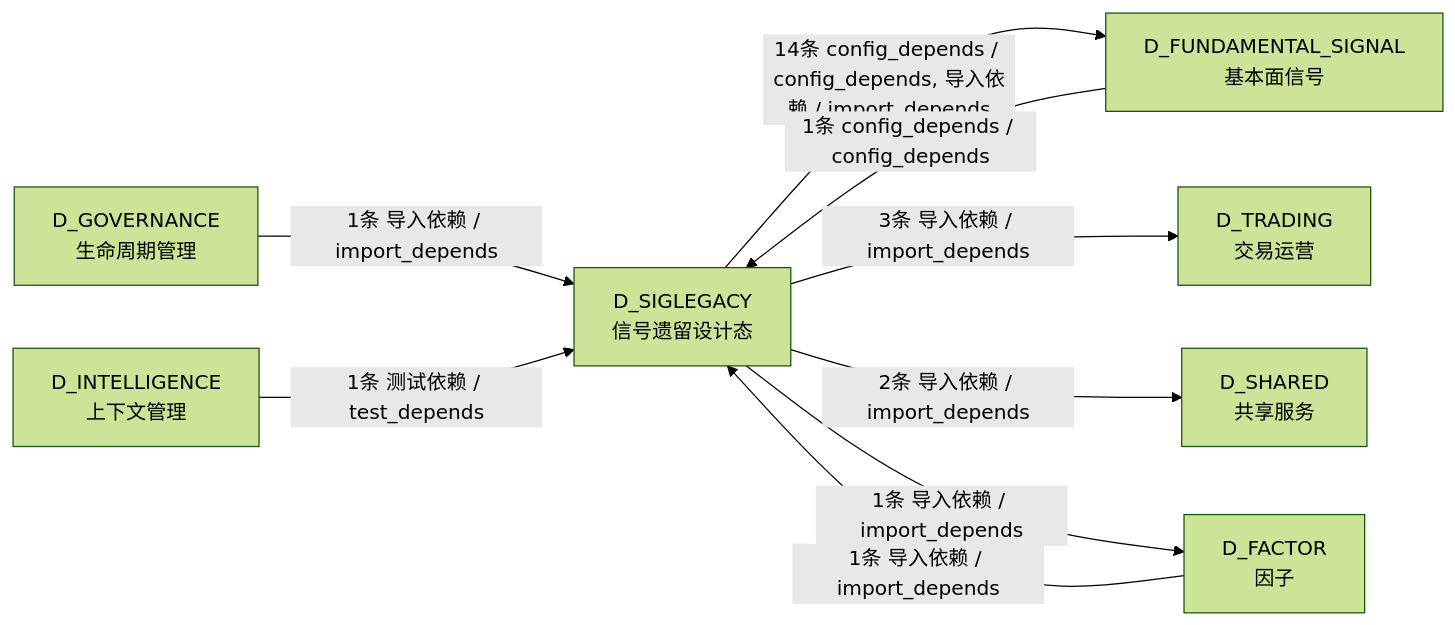
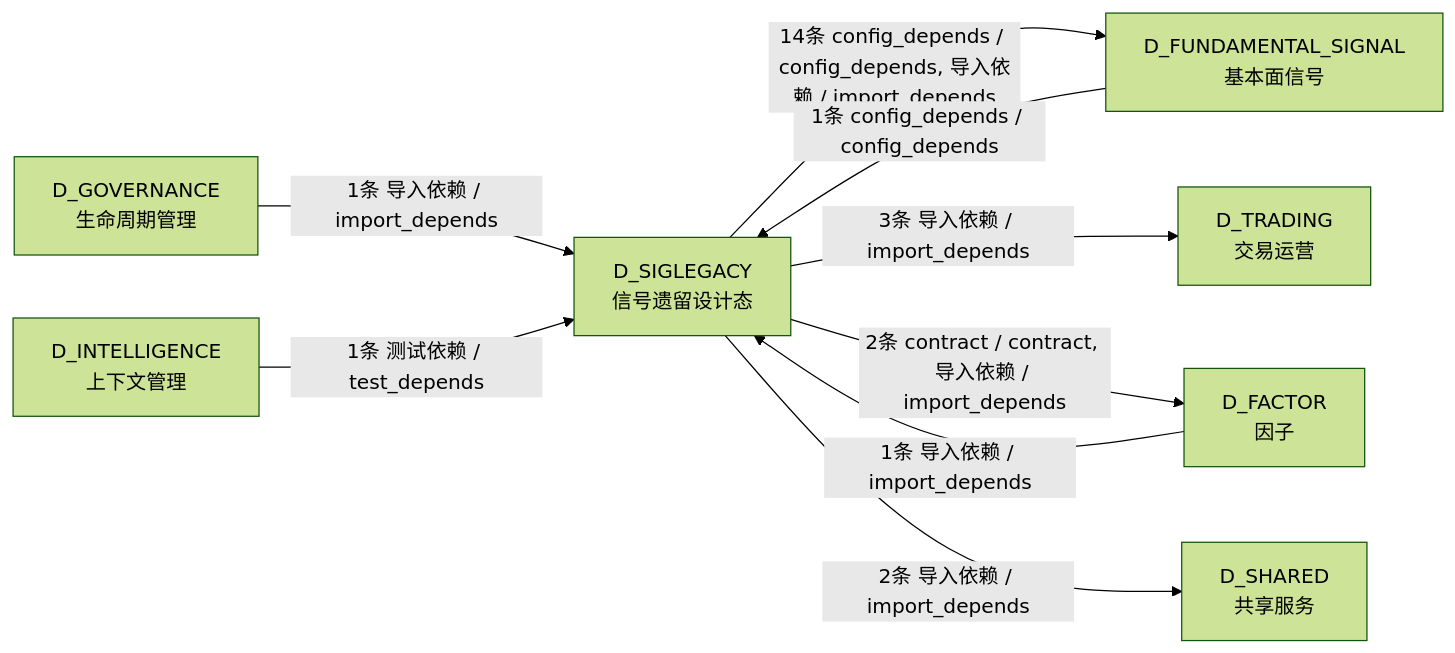
One commit to xuanFelixVan/ZephyrAlpha changed the fourth of 4 diagrams in docs/02_enterprise_architecture/02_domain_architecture_docs/63_d_siglegacy.md. Above: the diagram before and after it, drawn with Mermaid (forest theme). The commit also changed other lines of this file and 126 other files, not shown here.

````diff
--- a/docs/02_enterprise_architecture/02_domain_architecture_docs/63_d_siglegacy.md
+++ b/docs/02_enterprise_architecture/02_domain_architecture_docs/63_d_siglegacy.md
@@ -262,18 +265,18 @@
 ```mermaid
 graph LR
     D_SIGLEGACY["D_SIGLEGACY<br/>信号遗留设计态"]
     D_FUNDAMENTAL_SIGNAL["D_FUNDAMENTAL_SIGNAL<br/>基本面信号"]
     D_TRADING["D_TRADING<br/>交易运营"]
+    D_FACTOR["D_FACTOR<br/>因子"]
     D_SHARED["D_SHARED<br/>共享服务"]
-    D_FACTOR["D_FACTOR<br/>因子"]
     D_GOVERNANCE["D_GOVERNANCE<br/>生命周期管理"]
     D_INTELLIGENCE["D_INTELLIGENCE<br/>上下文管理"]
     D_SIGLEGACY -->|14条 config_depends / config_depends, 导入依赖 / import_depends| D_FUNDAMENTAL_SIGNAL
     D_SIGLEGACY -->|3条 导入依赖 / import_depends| D_TRADING
+    D_SIGLEGACY -->|2条 contract / contract, 导入依赖 / import_depends| D_FACTOR
     D_SIGLEGACY -->|2条 导入依赖 / import_depends| D_SHARED
-    D_SIGLEGACY -->|1条 导入依赖 / import_depends| D_FACTOR
     D_FACTOR -->|1条 导入依赖 / import_depends| D_SIGLEGACY
     D_FUNDAMENTAL_SIGNAL -->|1条 config_depends / config_depends| D_SIGLEGACY
     D_GOVERNANCE -->|1条 导入依赖 / import_depends| D_SIGLEGACY
     D_INTELLIGENCE -->|1条 测试依赖 / test_depends| D_SIGLEGACY
 ```
````
